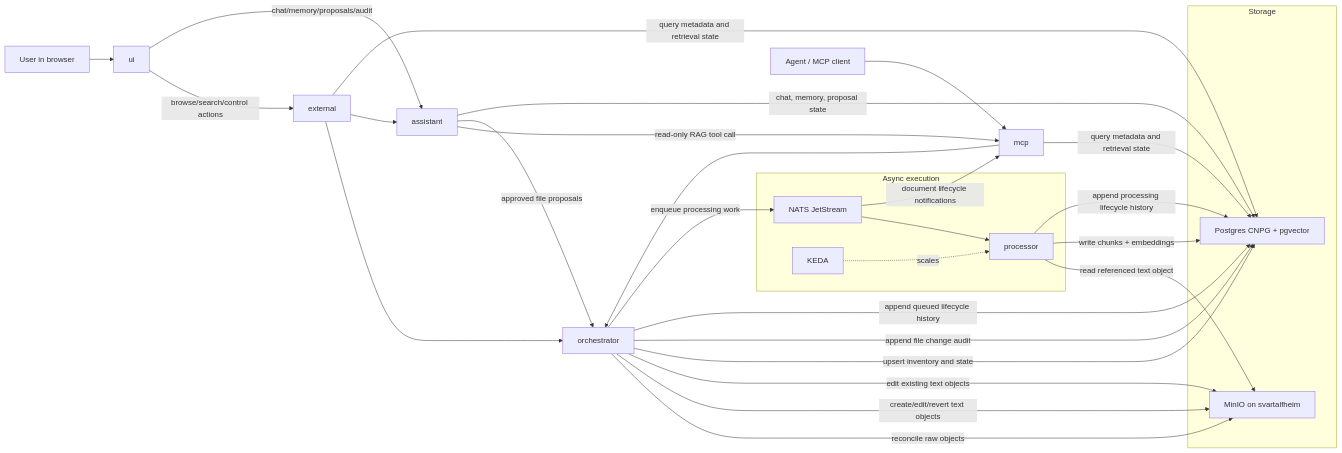
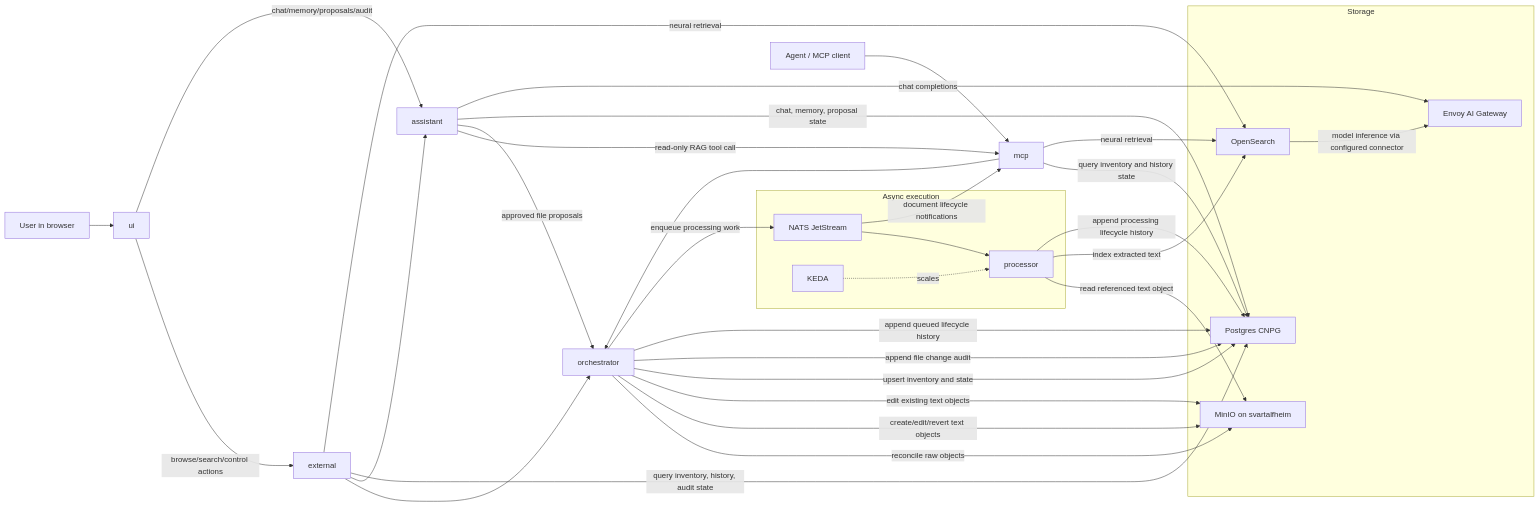
Before and after one commit to labiraus/homelab: the diagram in docs/RAG.md, drawn with Mermaid. The commit also changed other lines of this file and 51 other files, not shown here.

First line of the commit message:
Add OpenSearch admin secret and network policy configuration

````diff
--- a/docs/RAG.md
+++ b/docs/RAG.md
@@ -92,42 +93,48 @@
 ```mermaid
 flowchart LR
   U[User in browser] --> UI[ui]
   UI -->|browse/search/control actions| EXT[external]
   UI -->|chat/memory/proposals/audit| ASSIST[assistant]
   A[Agent / MCP client] --> MCP[mcp]
 
   EXT --> ORCH[orchestrator]
   EXT --> ASSIST
   ASSIST -->|read-only RAG tool call| MCP
   ASSIST -->|approved file proposals| ORCH
   MCP --> ORCH
   ASSIST -->|chat, memory, proposal state| PG
 
   subgraph Storage
     MINIO[MinIO on svartalfheim]
-    PG[Postgres CNPG + pgvector]
+    PG[Postgres CNPG]
+    OS[OpenSearch]
+    AIGW[Envoy AI Gateway]
   end
 
   subgraph Async execution
     NATS[NATS JetStream]
     PROC[processor]
     KEDA[KEDA]
   end
 
   ORCH -->|reconcile raw objects| MINIO
   ORCH -->|create/edit/revert text objects| MINIO
   ORCH -->|edit existing text objects| MINIO
   ORCH -->|upsert inventory and state| PG
   ORCH -->|append file change audit| PG
   ORCH -->|append queued lifecycle history| PG
   ORCH -->|enqueue processing work| NATS
   NATS --> PROC
   NATS -->|document lifecycle notifications| MCP
   KEDA -. scales .-> PROC
   PROC -->|read referenced text object| MINIO
-  PROC -->|write chunks + embeddings| PG
+  PROC -->|index extracted text| OS
+  OS -->|model inference via configured connector| AIGW
   PROC -->|append processing lifecycle history| PG
 
-  EXT -->|query metadata and retrieval state| PG
-  MCP -->|query metadata and retrieval state| PG
+  EXT -->|query inventory, history, audit state| PG
+  MCP -->|query inventory and history state| PG
+  EXT -->|neural retrieval| OS
+  MCP -->|neural retrieval| OS
+  ASSIST -->|chat completions| AIGW
 ```
````
